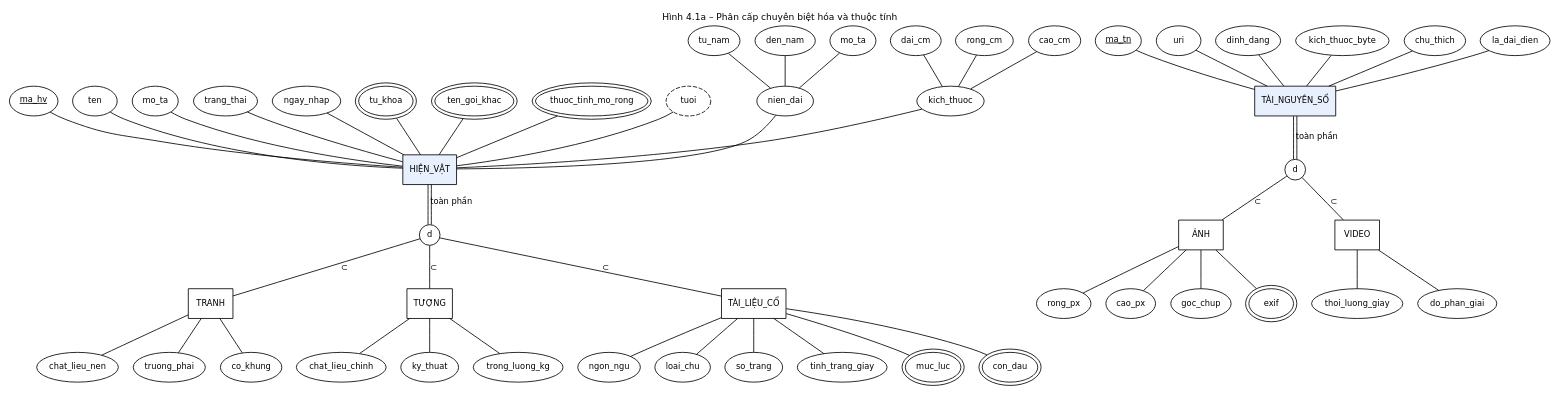
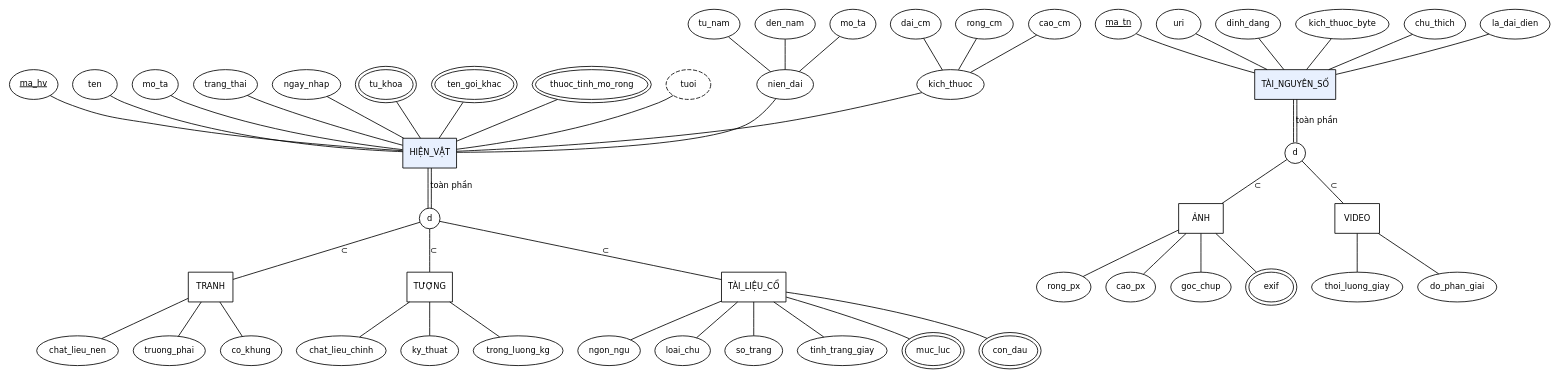
One commit to hnnnhu/museum-object-relational-db changed the diagram in docs/eer_a_phan_cap.dot. Above: the diagram before and after it, drawn with Graphviz. The commit also changed 8 other files, not shown here.

```diff
--- a/docs/eer_a_phan_cap.dot
+++ b/docs/eer_a_phan_cap.dot
@@ -1,77 +1,77 @@
 // Hình 4.1a – EER: hai phân cấp chuyên biệt hóa và thuộc tính (ký pháp Elmasri & Navathe)
 // Hình chữ nhật: kiểu thực thể · elip: thuộc tính · gạch chân: khóa · elip đôi: đa trị
 // elip nét đứt: dẫn xuất · elip có nhánh: phức hợp · vòng tròn d: chuyên biệt hóa không giao
 // đường đôi: tham gia toàn phần · ký hiệu ⊂ trên cạnh: lớp con
 graph EER_A {
     graph [fontname="DejaVu Sans", fontsize=11, rankdir=TB, nodesep=0.25, ranksep=0.45,
-           label="Hình 4.1a – Phân cấp chuyên biệt hóa và thuộc tính", labelloc=t];
+           ];
     node  [fontname="DejaVu Sans", fontsize=10];
     edge  [fontname="DejaVu Sans", fontsize=10];
 
     // ---- Thực thể ----
     HienVat     [shape=box, style=filled, fillcolor="#e8f0fe", label="HIỆN_VẬT"];
     Tranh       [shape=box, label="TRANH"];
     Tuong       [shape=box, label="TƯỢNG"];
     TaiLieuCo   [shape=box, label="TÀI_LIỆU_CỔ"];
     TaiNguyenSo [shape=box, style=filled, fillcolor="#e8f0fe", label="TÀI_NGUYÊN_SỐ"];
     Anh         [shape=box, label="ẢNH"];
     Video       [shape=box, label="VIDEO"];
 
     // ---- Chuyên biệt hóa ----
     d1 [shape=circle, label="d", width=0.35, fixedsize=true];
     d2 [shape=circle, label="d", width=0.35, fixedsize=true];
     HienVat -- d1 [color="black:invis:black", label=" toàn phần"];
     d1 -- Tranh     [label="⊂"];
     d1 -- Tuong     [label="⊂"];
     d1 -- TaiLieuCo [label="⊂"];
     TaiNguyenSo -- d2 [color="black:invis:black", label=" toàn phần"];
     d2 -- Anh   [label="⊂"];
     d2 -- Video [label="⊂"];
 
     // ---- Thuộc tính của HIỆN_VẬT ----
     hv_ma   [shape=ellipse, label=<<U>ma_hv</U>>];
     hv_ten  [shape=ellipse, label="ten"];
     hv_mt   [shape=ellipse, label="mo_ta"];
     hv_tt   [shape=ellipse, label="trang_thai"];
     hv_nn   [shape=ellipse, label="ngay_nhap"];
     hv_tk   [shape=ellipse, peripheries=2, label="tu_khoa"];
     hv_tgk  [shape=ellipse, peripheries=2, label="ten_goi_khac"];
     hv_ttm  [shape=ellipse, peripheries=2, label="thuoc_tinh_mo_rong"];
     hv_tuoi [shape=ellipse, style=dashed, label="tuoi"];
     hv_nd   [shape=ellipse, label="nien_dai"];
     nd_tu   [shape=ellipse, label="tu_nam"];
     nd_den  [shape=ellipse, label="den_nam"];
     nd_mt   [shape=ellipse, label="mo_ta"];
     hv_kt   [shape=ellipse, label="kich_thuoc"];
     kt_d    [shape=ellipse, label="dai_cm"];
     kt_r    [shape=ellipse, label="rong_cm"];
     kt_c    [shape=ellipse, label="cao_cm"];
     {rank=same; hv_ma; hv_ten; hv_mt; hv_tt; hv_nn; hv_tk; hv_tgk; hv_ttm; hv_tuoi; hv_nd; hv_kt}
     {rank=same; nd_tu; nd_den; nd_mt; kt_d; kt_r; kt_c}
     hv_ma -- HienVat; hv_ten -- HienVat; hv_mt -- HienVat; hv_tt -- HienVat; hv_nn -- HienVat;
     hv_tk -- HienVat; hv_tgk -- HienVat; hv_ttm -- HienVat; hv_tuoi -- HienVat;
     hv_nd -- HienVat; hv_kt -- HienVat;
     nd_tu -- hv_nd; nd_den -- hv_nd; nd_mt -- hv_nd;
     kt_d -- hv_kt; kt_r -- hv_kt; kt_c -- hv_kt;
     nd_tu -- HienVat [style=invis];
 
     // ---- Thuộc tính riêng của lớp con ----
     tr1 [shape=ellipse, label="chat_lieu_nen"]; tr2 [shape=ellipse, label="truong_phai"]; tr3 [shape=ellipse, label="co_khung"];
     Tranh -- tr1; Tranh -- tr2; Tranh -- tr3;
     tu1 [shape=ellipse, label="chat_lieu_chinh"]; tu2 [shape=ellipse, label="ky_thuat"]; tu3 [shape=ellipse, label="trong_luong_kg"];
     Tuong -- tu1; Tuong -- tu2; Tuong -- tu3;
     tl1 [shape=ellipse, label="ngon_ngu"]; tl2 [shape=ellipse, label="loai_chu"]; tl3 [shape=ellipse, label="so_trang"];
     tl4 [shape=ellipse, label="tinh_trang_giay"];
     tl5 [shape=ellipse, peripheries=2, label="muc_luc"]; tl6 [shape=ellipse, peripheries=2, label="con_dau"];
     TaiLieuCo -- tl1; TaiLieuCo -- tl2; TaiLieuCo -- tl3; TaiLieuCo -- tl4; TaiLieuCo -- tl5; TaiLieuCo -- tl6;
 
     // ---- Thuộc tính TÀI_NGUYÊN_SỐ và lớp con ----
     tn0 [shape=ellipse, label=<<U>ma_tn</U>>]; tn1 [shape=ellipse, label="uri"]; tn2 [shape=ellipse, label="dinh_dang"];
     tn3 [shape=ellipse, label="kich_thuoc_byte"]; tn4 [shape=ellipse, label="chu_thich"]; tn5 [shape=ellipse, label="la_dai_dien"];
     tn0 -- TaiNguyenSo; tn1 -- TaiNguyenSo; tn2 -- TaiNguyenSo; tn3 -- TaiNguyenSo; tn4 -- TaiNguyenSo; tn5 -- TaiNguyenSo;
     a1 [shape=ellipse, label="rong_px"]; a2 [shape=ellipse, label="cao_px"]; a3 [shape=ellipse, label="goc_chup"];
     a4 [shape=ellipse, peripheries=2, label="exif"];
     Anh -- a1; Anh -- a2; Anh -- a3; Anh -- a4;
     v1 [shape=ellipse, label="thoi_luong_giay"]; v2 [shape=ellipse, label="do_phan_giai"];
     Video -- v1; Video -- v2;
 }
```
